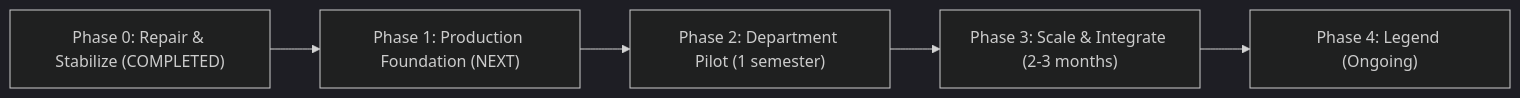
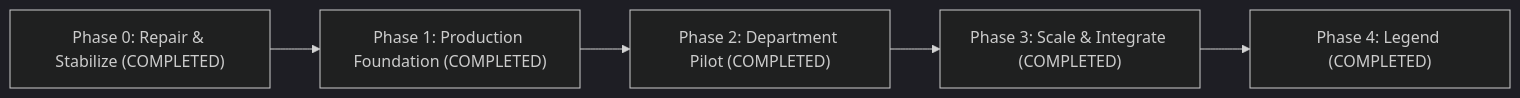
The diagram in docs/ROADMAP.md (tahmids55/XephyGaurd), drawn with Mermaid (dark theme) before and after one commit. The commit also changed other lines of this file and 79 other files, not shown here.

````diff
--- a/docs/ROADMAP.md
+++ b/docs/ROADMAP.md
@@ -5,7 +5,7 @@
 ```mermaid
 flowchart LR
-    P0["Phase 0: Repair & Stabilize (COMPLETED)"] --> P1["Phase 1: Production Foundation (NEXT)"]
-    P1 --> P2["Phase 2: Department Pilot (1 semester)"]
-    P2 --> P3["Phase 3: Scale & Integrate (2-3 months)"]
-    P3 --> P4["Phase 4: Legend (Ongoing)"]
+    P0["Phase 0: Repair & Stabilize (COMPLETED)"] --> P1["Phase 1: Production Foundation (COMPLETED)"]
+    P1 --> P2["Phase 2: Department Pilot (COMPLETED)"]
+    P2 --> P3["Phase 3: Scale & Integrate (COMPLETED)"]
+    P3 --> P4["Phase 4: Legend (COMPLETED)"]
 ```
````
